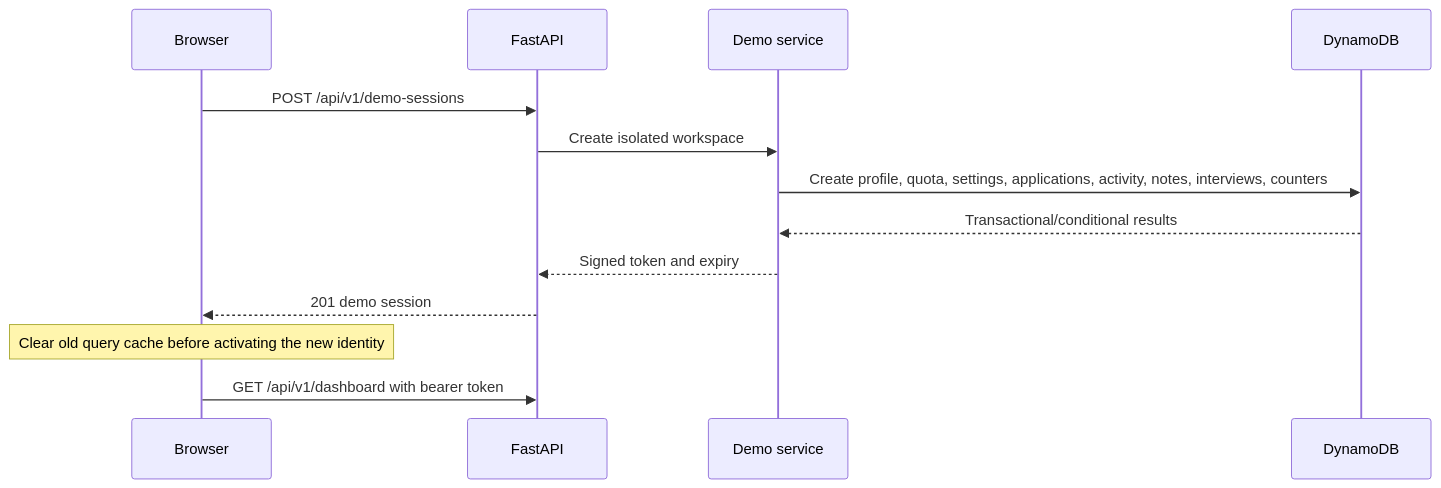
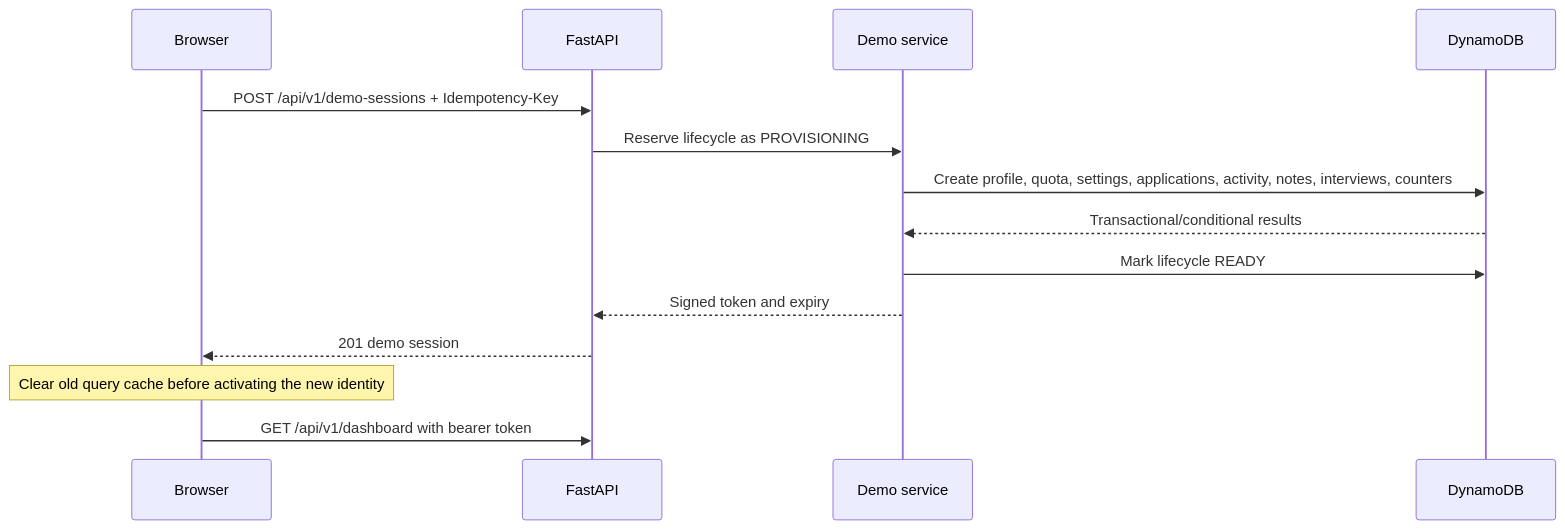
Before and after one commit to xiolest1/HireFlux: the second of 4 diagrams in ARCHITECTURE.md, drawn with Mermaid. The commit also changed other lines of this file and 30 other files, not shown here.

````diff
--- a/ARCHITECTURE.md
+++ b/ARCHITECTURE.md
@@ -155,15 +165,16 @@
 ```mermaid
 sequenceDiagram
     participant B as Browser
     participant A as FastAPI
     participant S as Demo service
     participant D as DynamoDB
-    B->>A: POST /api/v1/demo-sessions
-    A->>S: Create isolated workspace
+    B->>A: POST /api/v1/demo-sessions + Idempotency-Key
+    A->>S: Reserve lifecycle as PROVISIONING
     S->>D: Create profile, quota, settings, applications, activity, notes, interviews, counters
     D-->>S: Transactional/conditional results
+    S->>D: Mark lifecycle READY
     S-->>A: Signed token and expiry
     A-->>B: 201 demo session
     Note over B: Clear old query cache before activating the new identity
     B->>A: GET /api/v1/dashboard with bearer token
 ```
````
